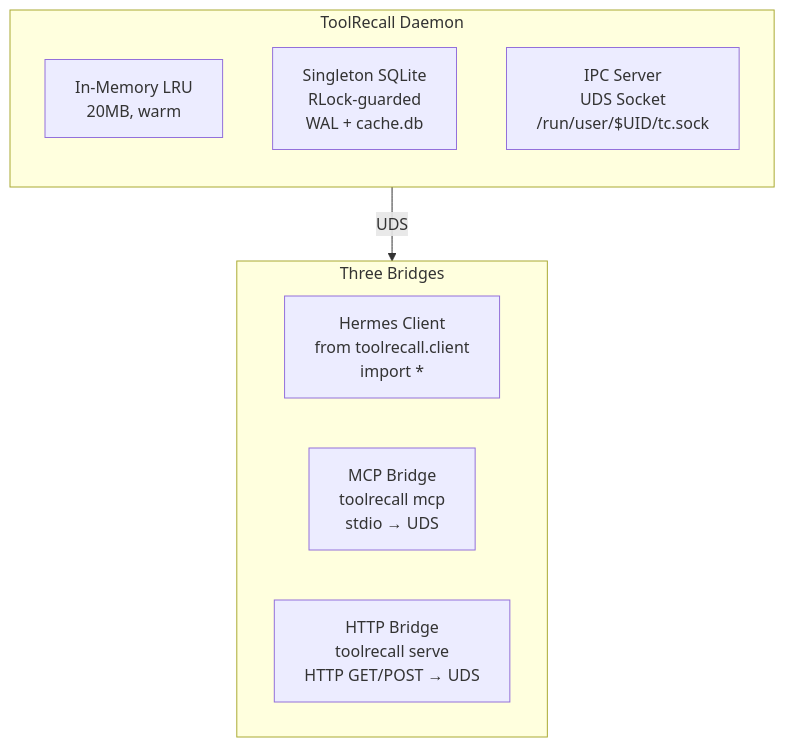
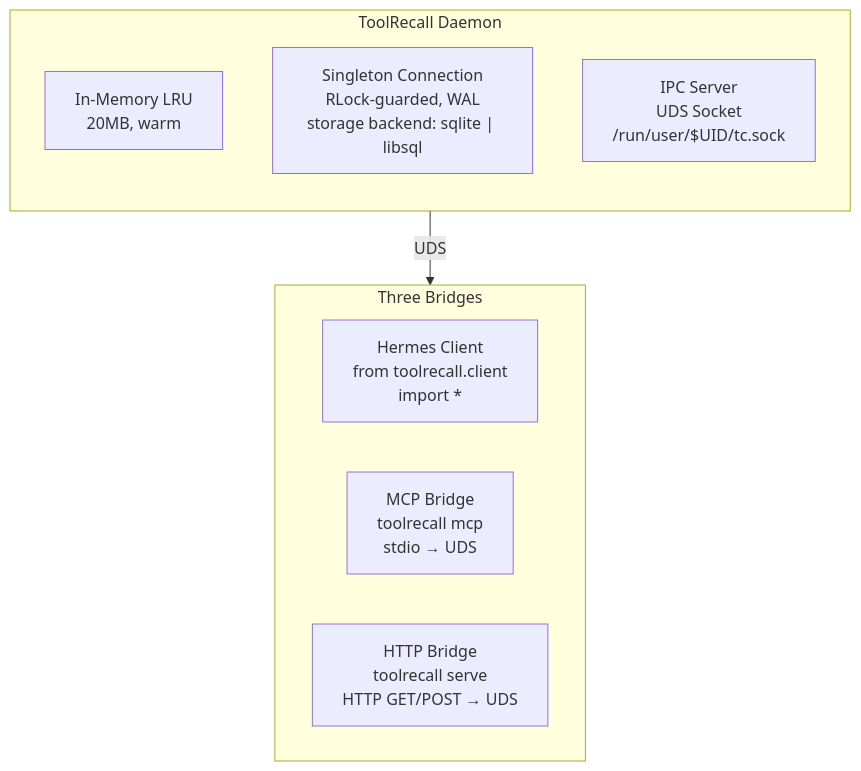
One commit to whiskybeer/toolrecall changed the second of 4 diagrams in docs/ARCHITECTURE.md. Above: the diagram before and after it, drawn with Mermaid. The commit also changed other lines of this file and 29 other files, not shown here.

````diff
--- a/docs/ARCHITECTURE.md
+++ b/docs/ARCHITECTURE.md
@@ -26,19 +26,19 @@
 ```mermaid
 flowchart TB
     subgraph Daemon["ToolRecall Daemon"]
         direction TB
         LRU["In-Memory LRU<br/>20MB, warm"]
-        SQL["Singleton SQLite<br/>RLock-guarded<br/>WAL + cache.db"]
+        SQL["Singleton Connection<br/>RLock-guarded, WAL<br/>storage backend: sqlite | libsql"]
         IPC["IPC Server<br/>UDS Socket<br/>/run/user/$UID/tc.sock"]
     end
 
     subgraph Bridges["Three Bridges"]
         direction LR
         C1["Hermes Client<br/>from toolrecall.client<br/>import *"]
         C2["MCP Bridge<br/>toolrecall mcp<br/>stdio → UDS"]
         C3["HTTP Bridge<br/>toolrecall serve<br/>HTTP GET/POST → UDS"]
     end
 
     Daemon -- "UDS" --> Bridges
 
 ```
````
